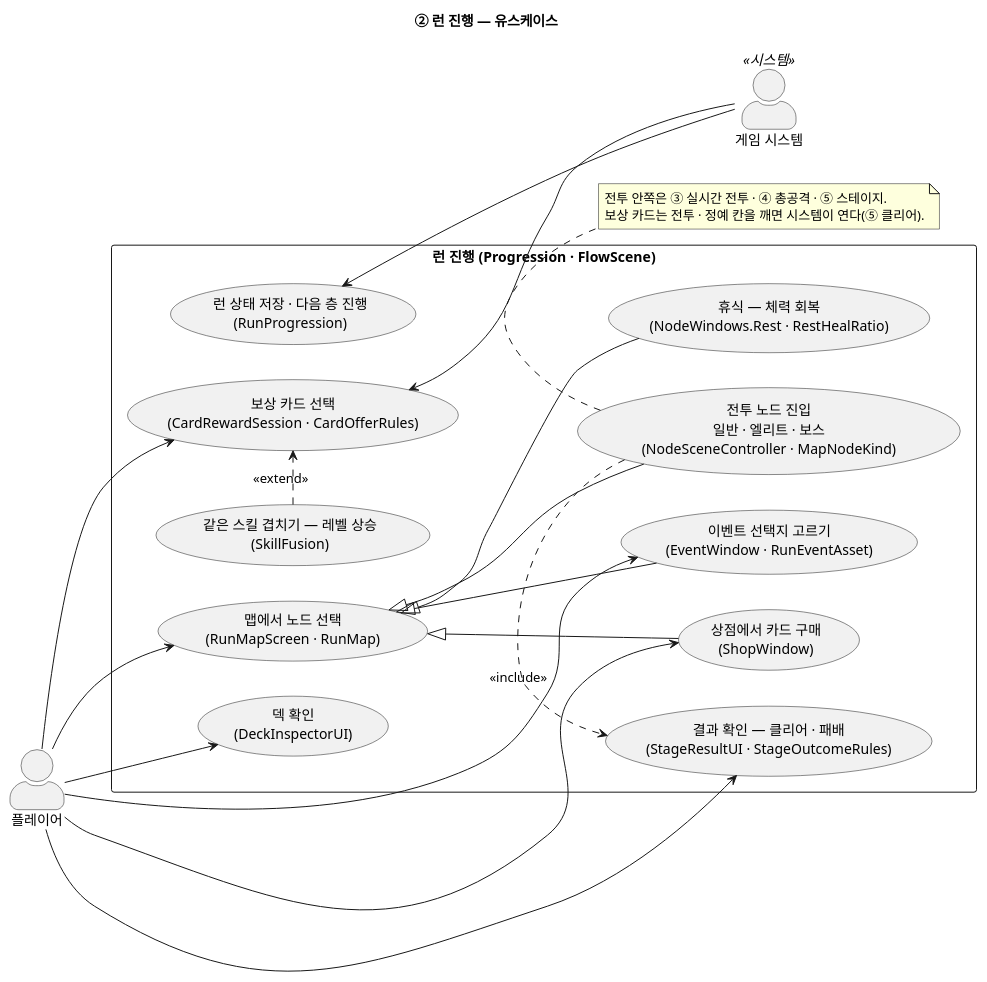
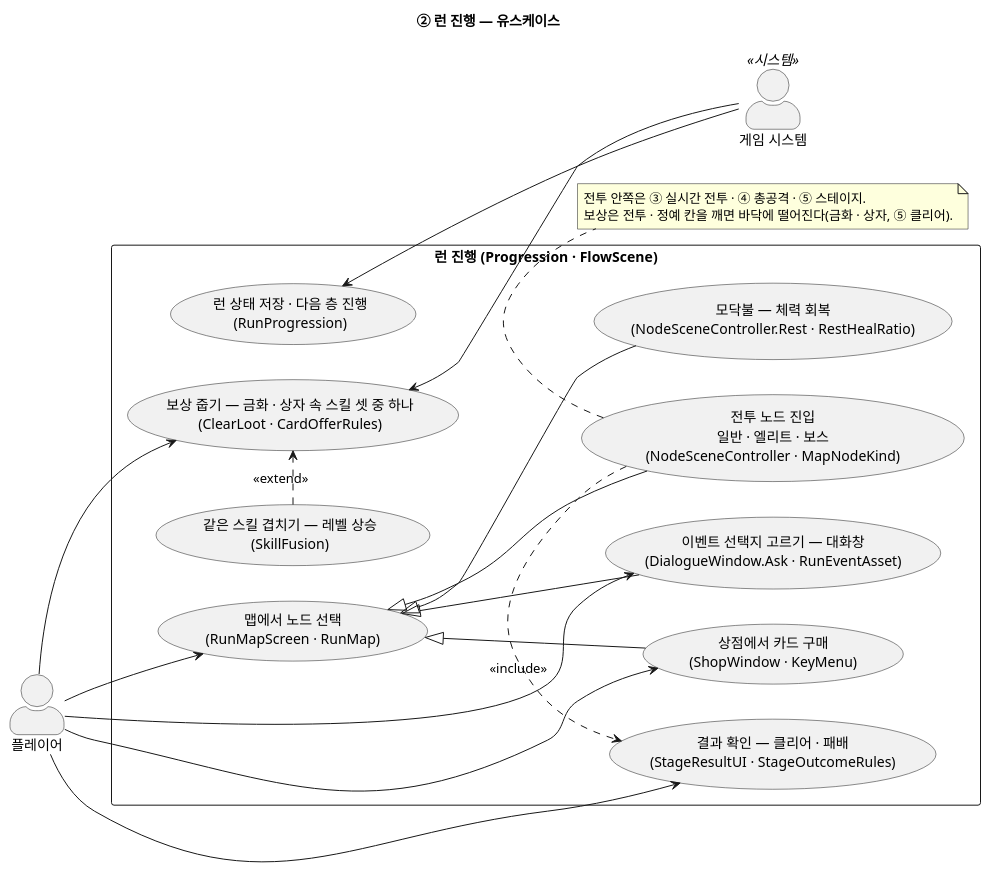
One commit to jukanmi/Prototype changed the diagram in docs/uml/usecase-02-Run.puml. Above: the diagram before and after it, drawn with PlantUML. The commit also changed 114 other files, not shown here.

```diff
--- a/docs/uml/usecase-02-Run.puml
+++ b/docs/uml/usecase-02-Run.puml
@@ -1,47 +1,45 @@
 @startuml usecase-02-Run
 ' ② 런 진행 — 맵 · 노드 · 보상 · 성장
 title ② 런 진행 — 유스케이스
 
 left to right direction
 skinparam shadowing false
 skinparam actorStyle awesome
 
 actor "플레이어" as Player
 actor "게임 시스템" as GameSys <<시스템>>
 
 rectangle "런 진행 (Progression · FlowScene)" {
   usecase "맵에서 노드 선택\n(RunMapScreen · RunMap)" as UC_Pick
   usecase "전투 노드 진입\n일반 · 엘리트 · 보스\n(NodeSceneController · MapNodeKind)" as UC_Battle
-  usecase "상점에서 카드 구매\n(ShopWindow)" as UC_Shop
-  usecase "이벤트 선택지 고르기\n(EventWindow · RunEventAsset)" as UC_Event
-  usecase "휴식 — 체력 회복\n(NodeWindows.Rest · RestHealRatio)" as UC_Rest
-  usecase "보상 카드 선택\n(CardRewardSession · CardOfferRules)" as UC_LevelUp
+  usecase "상점에서 카드 구매\n(ShopWindow · KeyMenu)" as UC_Shop
+  usecase "이벤트 선택지 고르기 — 대화창\n(DialogueWindow.Ask · RunEventAsset)" as UC_Event
+  usecase "모닥불 — 체력 회복\n(NodeSceneController.Rest · RestHealRatio)" as UC_Rest
+  usecase "보상 줍기 — 금화 · 상자 속 스킬 셋 중 하나\n(ClearLoot · CardOfferRules)" as UC_Loot
   usecase "같은 스킬 겹치기 — 레벨 상승\n(SkillFusion)" as UC_Fuse
-  usecase "덱 확인\n(DeckInspectorUI)" as UC_Deck
   usecase "결과 확인 — 클리어 · 패배\n(StageResultUI · StageOutcomeRules)" as UC_Result
   usecase "런 상태 저장 · 다음 층 진행\n(RunProgression)" as UC_Progress
 }
 
 Player --> UC_Pick
 Player --> UC_Shop
 Player --> UC_Event
-Player --> UC_LevelUp
-Player --> UC_Deck
+Player --> UC_Loot
 Player --> UC_Result
 
 UC_Pick <|-- UC_Battle
 UC_Pick <|-- UC_Shop
 UC_Pick <|-- UC_Event
 UC_Pick <|-- UC_Rest
 
-UC_Fuse .> UC_LevelUp : <<extend>>
+UC_Fuse .> UC_Loot : <<extend>>
 UC_Battle .> UC_Result : <<include>>
 
 UC_Progress <-- GameSys
-UC_LevelUp <-- GameSys
+UC_Loot <-- GameSys
 
 note bottom of UC_Battle
   전투 안쪽은 ③ 실시간 전투 · ④ 총공격 · ⑤ 스테이지.
-  보상 카드는 전투 · 정예 칸을 깨면 시스템이 연다(⑤ 클리어).
+  보상은 전투 · 정예 칸을 깨면 바닥에 떨어진다(금화 · 상자, ⑤ 클리어).
 end note
 @enduml
```
